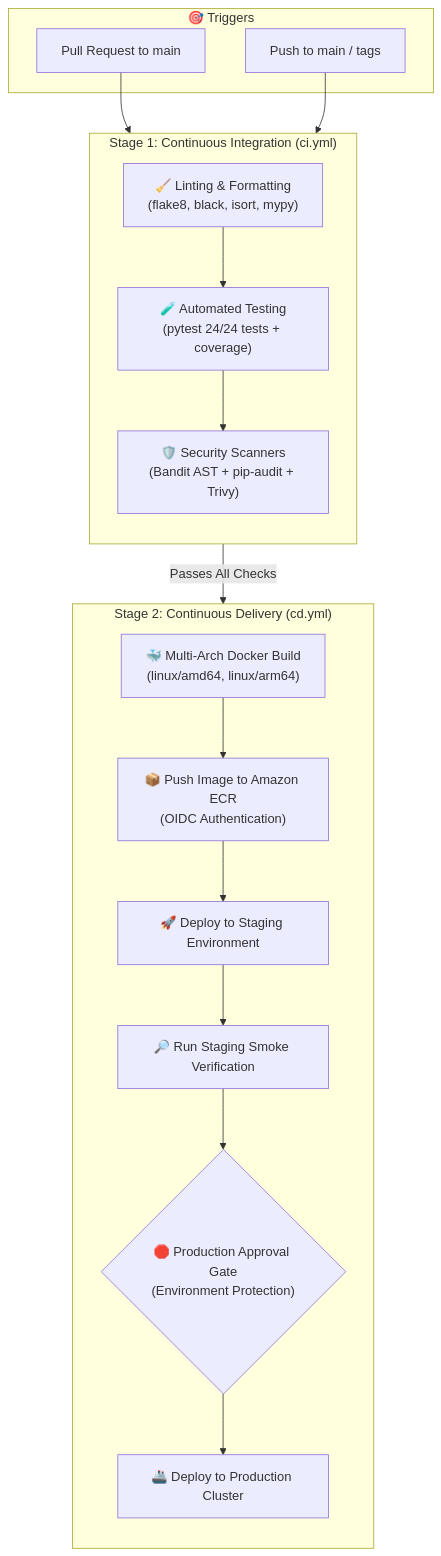
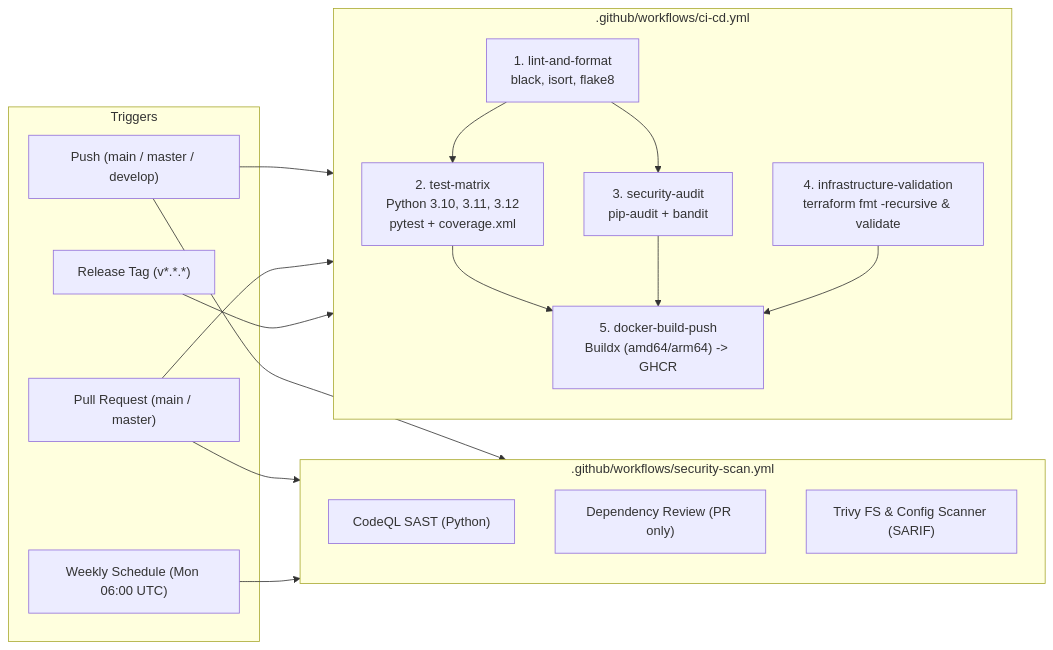
Before and after one commit to Shubhankart101/LLM-PoweredFileSystemAssistant: the diagram in docs/ci_cd_pipeline.md, drawn with Mermaid. The commit also changed other lines of this file and 32 other files, not shown here.

Commit message:
Fix CI linting/formatting, Trivy action tag, Terraform variable wiring, HTTP API serve mode, and align docs

````diff
--- a/docs/ci_cd_pipeline.md
+++ b/docs/ci_cd_pipeline.md
@@ -9,32 +9,29 @@
 ```mermaid
-flowchart TD
-    subgraph Trigger["🎯 Triggers"]
-        PR[Pull Request to main]
-        Push[Push to main / tags]
+flowchart LR
+    subgraph Triggers["Triggers"]
+        Push["Push (main / master / develop)"]
+        PR["Pull Request (main / master)"]
+        Tag["Release Tag (v*.*.*)"]
+        Cron["Weekly Schedule (Mon 06:00 UTC)"]
     end
 
-    subgraph CI["Stage 1: Continuous Integration (ci.yml)"]
-        direction TB
-        Lint["🧹 Linting & Formatting\n(flake8, black, isort, mypy)"]
-        Test["🧪 Automated Testing\n(pytest 24/24 tests + coverage)"]
-        Security["🛡️ Security Scanners\n(Bandit AST + pip-audit + Trivy)"]
-        
-        Lint --> Test --> Security
+    subgraph CICD[".github/workflows/ci-cd.yml"]
+        Lint["1. lint-and-format<br/>black, isort, flake8"]
+        Test["2. test-matrix<br/>Python 3.10, 3.11, 3.12<br/>pytest + coverage.xml"]
+        SecAudit["3. security-audit<br/>pip-audit + bandit"]
+        TFVal["4. infrastructure-validation<br/>terraform fmt -recursive & validate"]
+        Docker["5. docker-build-push<br/>Buildx (amd64/arm64) -> GHCR"]
+
+        Lint --> Test & SecAudit
+        Test & SecAudit & TFVal --> Docker
     end
 
-    subgraph CD["Stage 2: Continuous Delivery (cd.yml)"]
-        direction TB
-        Build["🐳 Multi-Arch Docker Build\n(linux/amd64, linux/arm64)"]
-        PushECR["📦 Push Image to Amazon ECR\n(OIDC Authentication)"]
-        DeployStaging["🚀 Deploy to Staging Environment"]
-        SmokeTest["🔎 Run Staging Smoke Verification"]
-        Approval{"🛑 Production Approval Gate\n(Environment Protection)"}
-        DeployProd["🚢 Deploy to Production Cluster"]
-        
-        Build --> PushECR --> DeployStaging --> SmokeTest --> Approval --> DeployProd
+    subgraph SecScan[".github/workflows/security-scan.yml"]
+        CodeQL["CodeQL SAST (Python)"]
+        DepRev["Dependency Review (PR only)"]
+        Trivy["Trivy FS & Config Scanner (SARIF)"]
     end
 
-    PR --> CI
-    Push --> CI
-    CI -->|"Passes All Checks"| CD
+    Push & PR & Tag --> CICD
+    Push & PR & Cron --> SecScan
 ```
````
